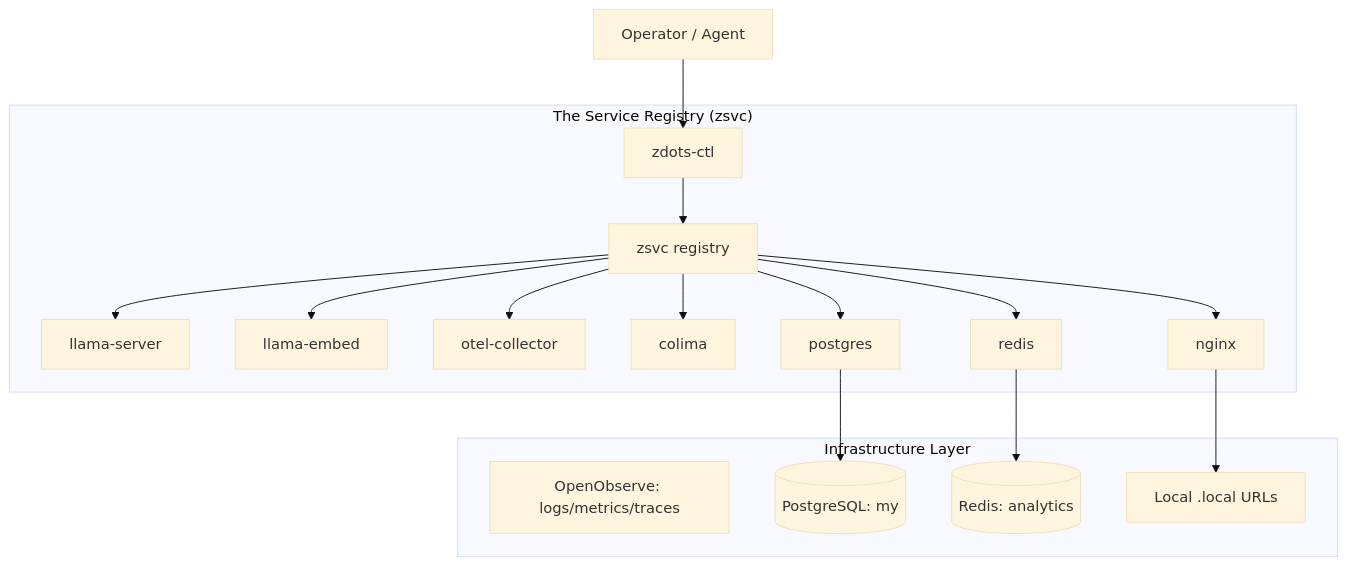
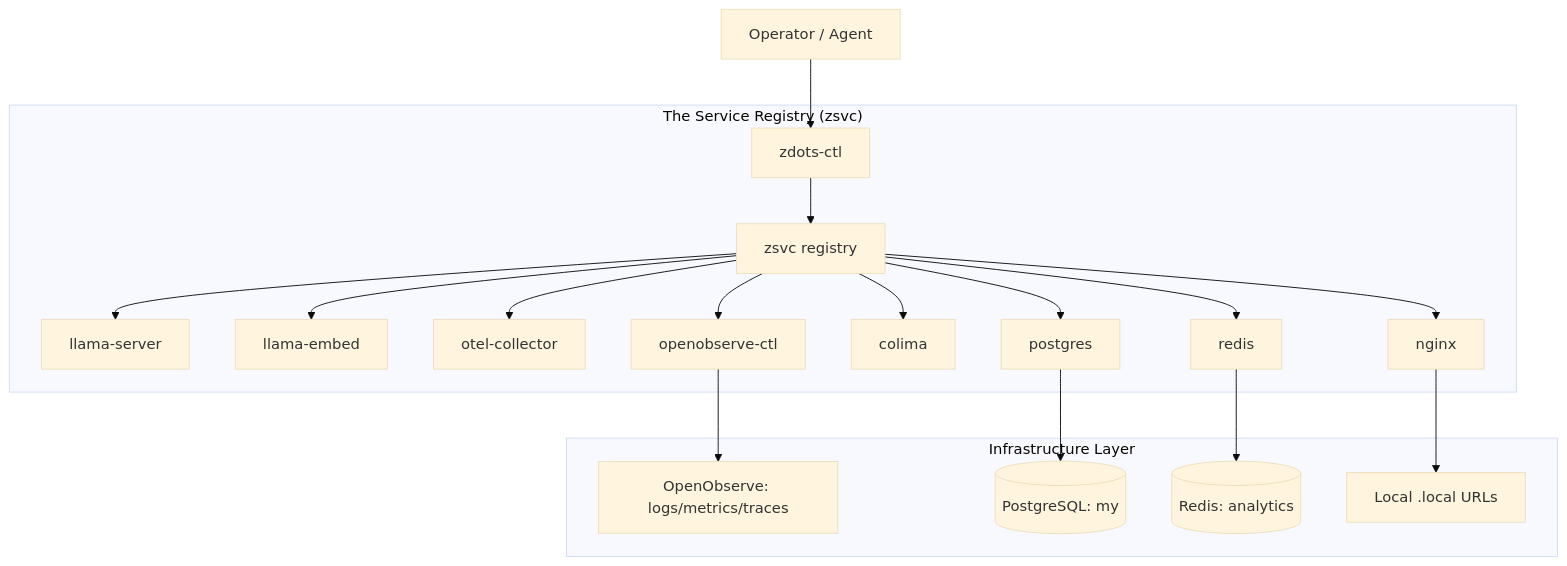
One commit to just3ws/zdots changed the diagram in docs/lifecycle.md. Above: the diagram before and after it, drawn with Mermaid (base theme). The commit also changed 7 other files, not shown here.

First line of the commit message:
fix(docs): repair 3 broken Mermaid diagrams + correct stale topology/schema (Z-121)

````diff
--- a/docs/lifecycle.md
+++ b/docs/lifecycle.md
@@ -31,22 +31,24 @@
 ```mermaid
 graph TD
     Op[Operator / Agent] --> Ctl[zdots-ctl]
     
     subgraph "The Service Registry (zsvc)"
         Ctl --> Registry[zsvc registry]
         Registry --> Llama[llama-server]
         Registry --> Embed[llama-embed]
         Registry --> OTel[otel-collector]
+        Registry --> O2ctl[openobserve-ctl]
         Registry --> Colima[colima]
         Registry --> Nginx[nginx]
         Registry --> PG[postgres]
         Registry --> Redis[redis]
     end
 
     subgraph "Infrastructure Layer"
         O2[OpenObserve: logs/metrics/traces]
+        O2ctl --> O2
         PG --> DB[(PostgreSQL: my)]
         Redis --> Cache[(Redis: analytics)]
         Nginx --> Proxy[Local .local URLs]
     end
 ```
````
